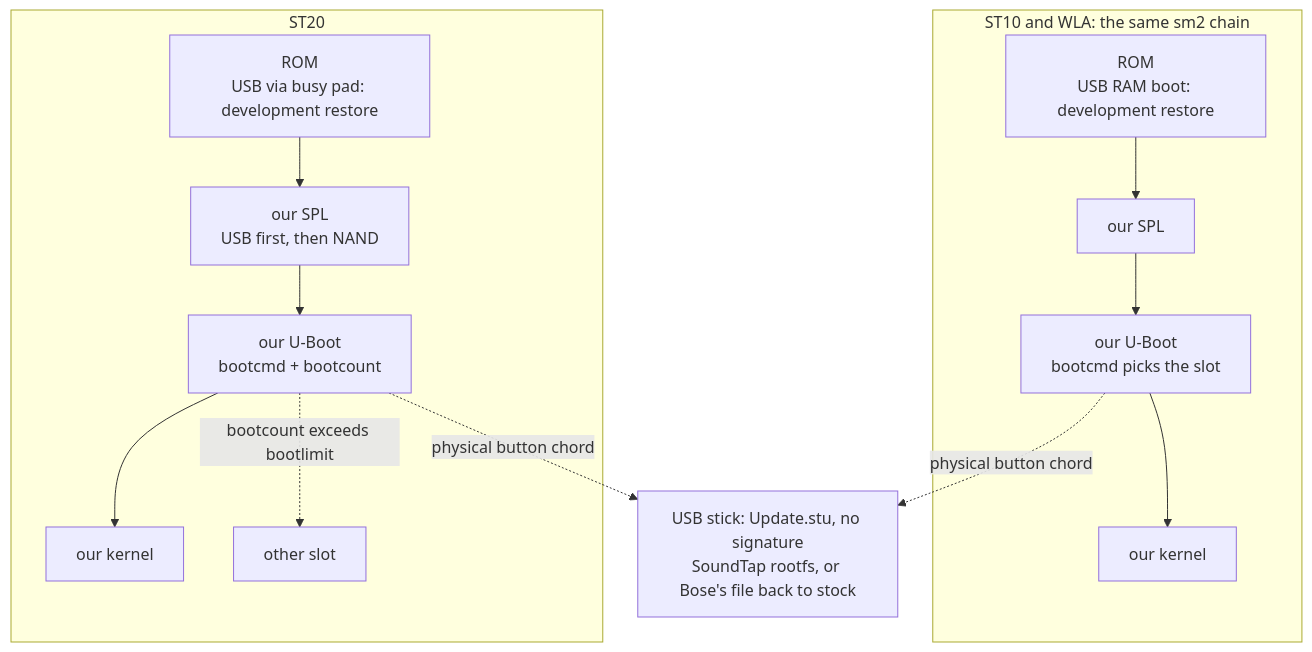
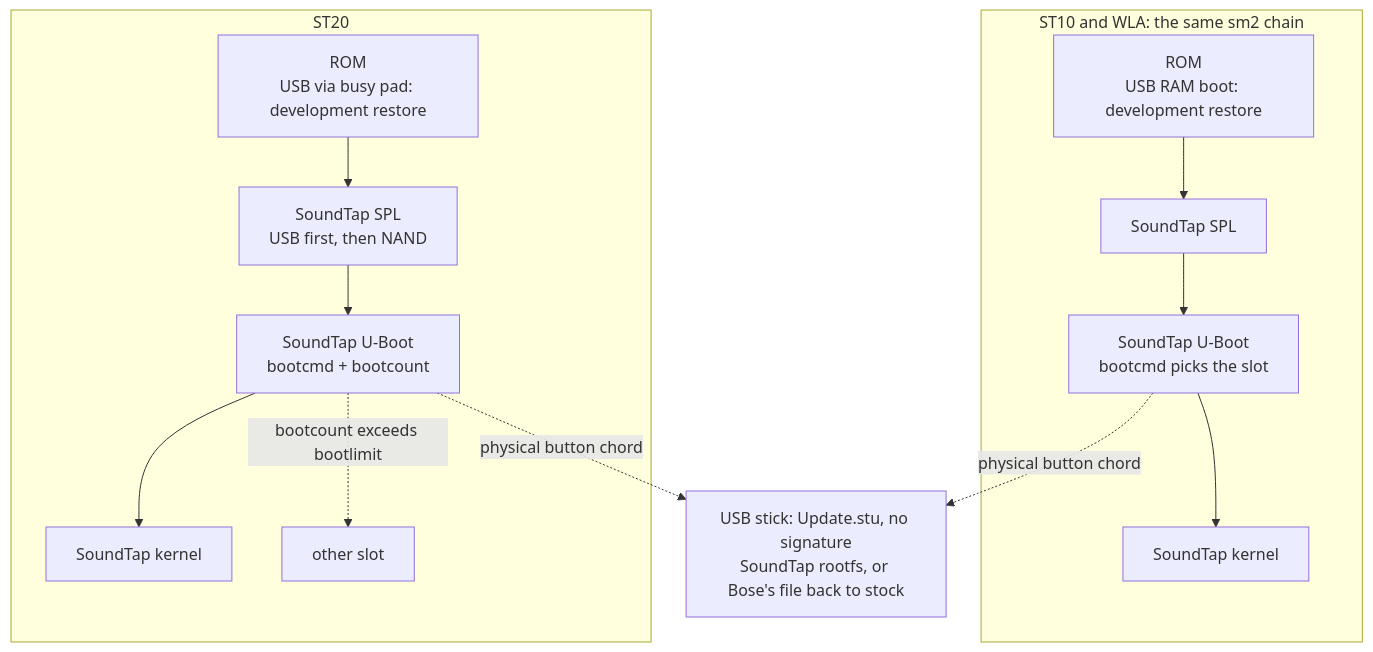
The third of 9 diagrams in docs/contributors/design.md (stein155/soundtap), drawn with Mermaid before and after one commit. The commit also changed other lines of this file and 70 other files, not shown here.

````diff
--- a/docs/contributors/design.md
+++ b/docs/contributors/design.md
@@ -205,12 +206,12 @@
 ```mermaid
 flowchart TB
   subgraph SM2[ST10 and WLA: the same sm2 chain]
-    r1[ROM<br/>USB RAM boot: development restore] --> s1[our SPL] --> u1[our U-Boot<br/>bootcmd picks the slot] --> k1[our kernel]
+    r1[ROM<br/>USB RAM boot: development restore] --> s1[SoundTap SPL] --> u1[SoundTap U-Boot<br/>bootcmd picks the slot] --> k1[SoundTap kernel]
   end
   subgraph ST20b[ST20]
-    r3[ROM<br/>USB via busy pad: development restore] --> s3[our SPL<br/>USB first, then NAND] --> u3[our U-Boot<br/>bootcmd + bootcount] --> k3[our kernel]
+    r3[ROM<br/>USB via busy pad: development restore] --> s3[SoundTap SPL<br/>USB first, then NAND] --> u3[SoundTap U-Boot<br/>bootcmd + bootcount] --> k3[SoundTap kernel]
     u3 -. bootcount exceeds bootlimit .-> o3[other slot]
   end
   u1 -. physical button chord .-> USB[USB stick: Update.stu, no signature<br/>SoundTap rootfs, or Bose's file back to stock]
   u3 -. physical button chord .-> USB
 ```
````
